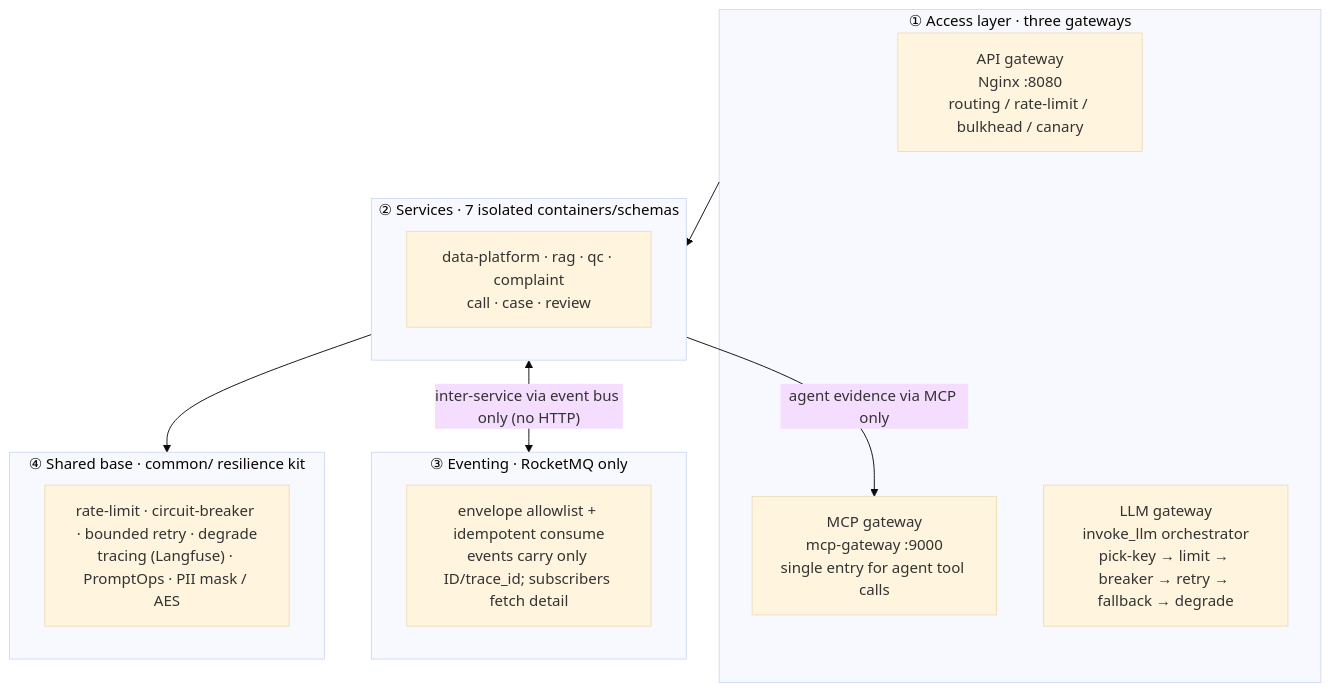
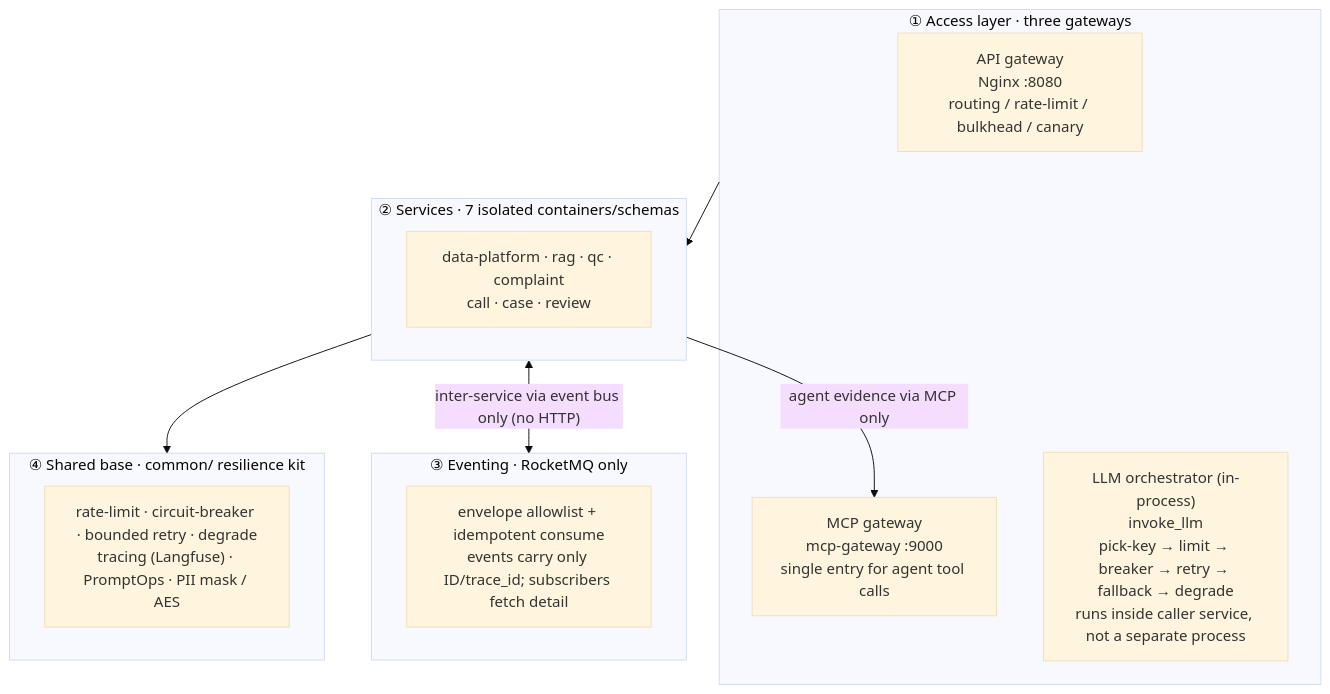
One commit to GavinYoung66/ai_collection changed the second of 2 diagrams in README_EN.md. Above: the diagram before and after it, drawn with Mermaid (base theme). The commit also changed other lines of this file and 23 other files, not shown here.

````diff
--- a/README_EN.md
+++ b/README_EN.md
@@ -71,21 +71,21 @@
 ```mermaid
 flowchart TB
     subgraph L1["① Access layer · three gateways"]
         GW1["API gateway<br/>Nginx :8080<br/>routing / rate-limit / bulkhead / canary"]
         GW2["MCP gateway<br/>mcp-gateway :9000<br/>single entry for agent tool calls"]
-        GW3["LLM gateway<br/>invoke_llm orchestrator<br/>pick-key → limit → breaker → retry → fallback → degrade"]
+        GW3["LLM orchestrator (in-process)<br/>invoke_llm<br/>pick-key → limit → breaker → retry → fallback → degrade<br/>runs inside caller service, not a separate process"]
     end
     subgraph L2["② Services · 7 isolated containers/schemas"]
         SVC["data-platform · rag · qc · complaint<br/>call · case · review"]
     end
     subgraph L3["③ Eventing · RocketMQ only"]
         MQ["envelope allowlist + idempotent consume<br/>events carry only ID/trace_id; subscribers fetch detail"]
     end
     subgraph L4["④ Shared base · common/ resilience kit"]
         BASE["rate-limit · circuit-breaker · bounded retry · degrade<br/>tracing (Langfuse) · PromptOps · PII mask / AES"]
     end
     L1 --> L2
     L2 <-->|"inter-service via event bus only (no HTTP)"| L3
     L2 -->|"agent evidence via MCP only"| GW2
     L2 --> L4
 ```
````
